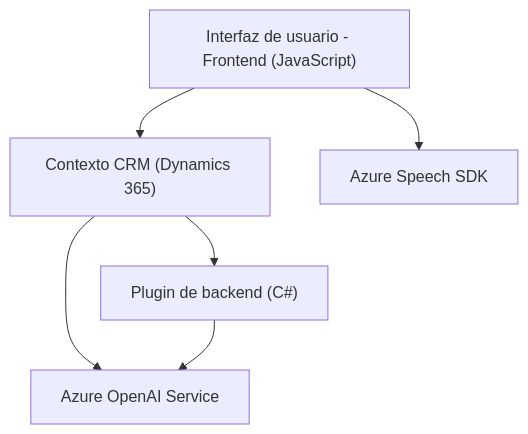
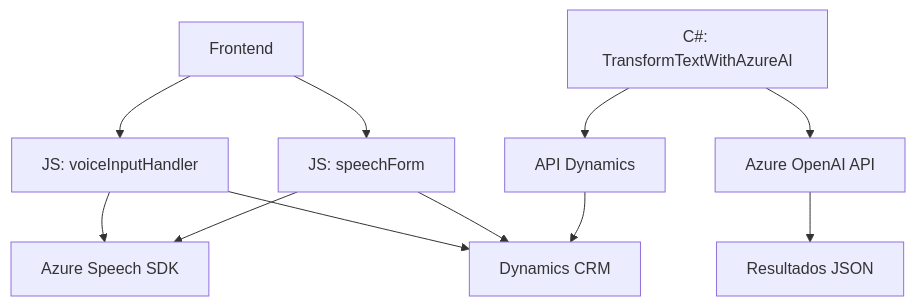
Before and after one commit to blopezdm/NETCORE_BILBAO2025: the diagram in README.md, drawn with Mermaid. The commit also changed other lines of this file, not shown here.

````diff
--- a/README.md
+++ b/README.md
@@ -50,14 +54,23 @@
 ```mermaid
 graph TD
-    A["Interfaz de usuario - Frontend (JavaScript)"]
-    B["Contexto CRM (Dynamics 365)"]
-    C["Azure Speech SDK"]
-    D["Azure OpenAI Service"]
-    E["Plugin de backend (C#)"]
-
-    A --> B
-    A --> C
-    B --> D
-    B --> E
-    E --> D
+    A["Frontend"]
+    J["JS: voiceInputHandler"]
+    K["JS: speechForm"]
+    B["Azure Speech SDK"]
+    C["Dynamics CRM"]
+    D["C#: TransformTextWithAzureAI"]
+    F["Azure OpenAI API"]
+    E["API Dynamics"]
+    G["Resultados JSON"]
+    
+    A --> J
+    A --> K
+    J --> B
+    K --> B
+    J --> C
+    K --> C
+    D --> F
+    D --> E
+    F --> G
+    E --> C
 ```
````
